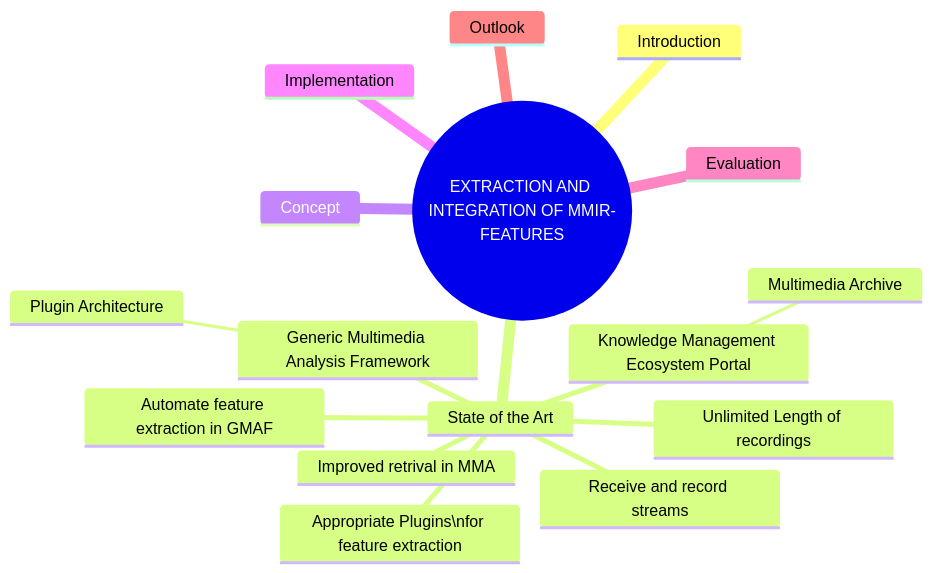
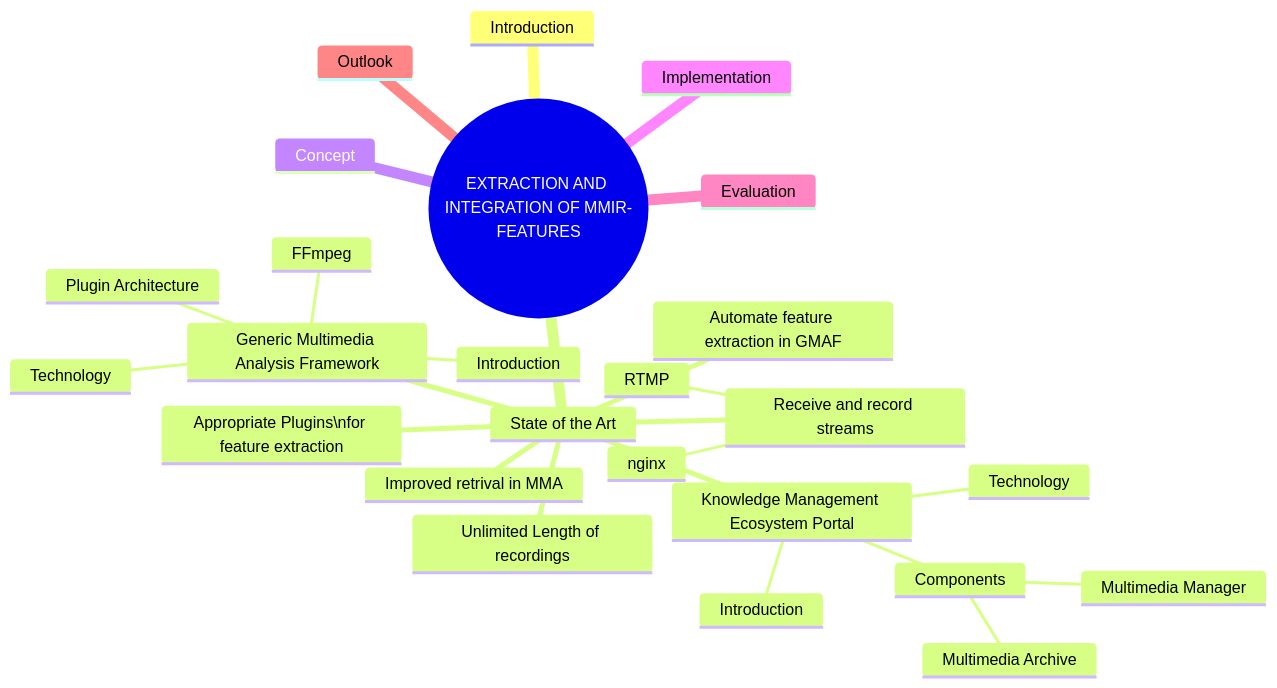
One commit to fahrbier/fernuni changed the diagram in thesis/mindmap.md. Above: the diagram before and after it, drawn with Mermaid.

````diff
--- a/thesis/mindmap.md
+++ b/thesis/mindmap.md
@@ -1,20 +1,29 @@
 ```mermaid
 mindmap
   root((EXTRACTION AND INTEGRATION OF MMIR-FEATURES))
     Introduction
     State of the Art
       Knowledge Management Ecosystem Portal
-        Multimedia Archive
+        Introduction
+        Technology
+        Components
+          Multimedia Archive
+          Multimedia Manager
       Generic Multimedia Analysis Framework
+        Introduction
+        Technology
         Plugin Architecture
+        FFmpeg
       Receive and record streams
+        RTMP
+        nginx
       Unlimited Length of recordings
       Appropriate Plugins\nfor feature extraction
       Automate feature extraction in GMAF
       Improved retrival in MMA       
     Concept
     Implementation
     Evaluation
     Outlook
 
 ```
````
